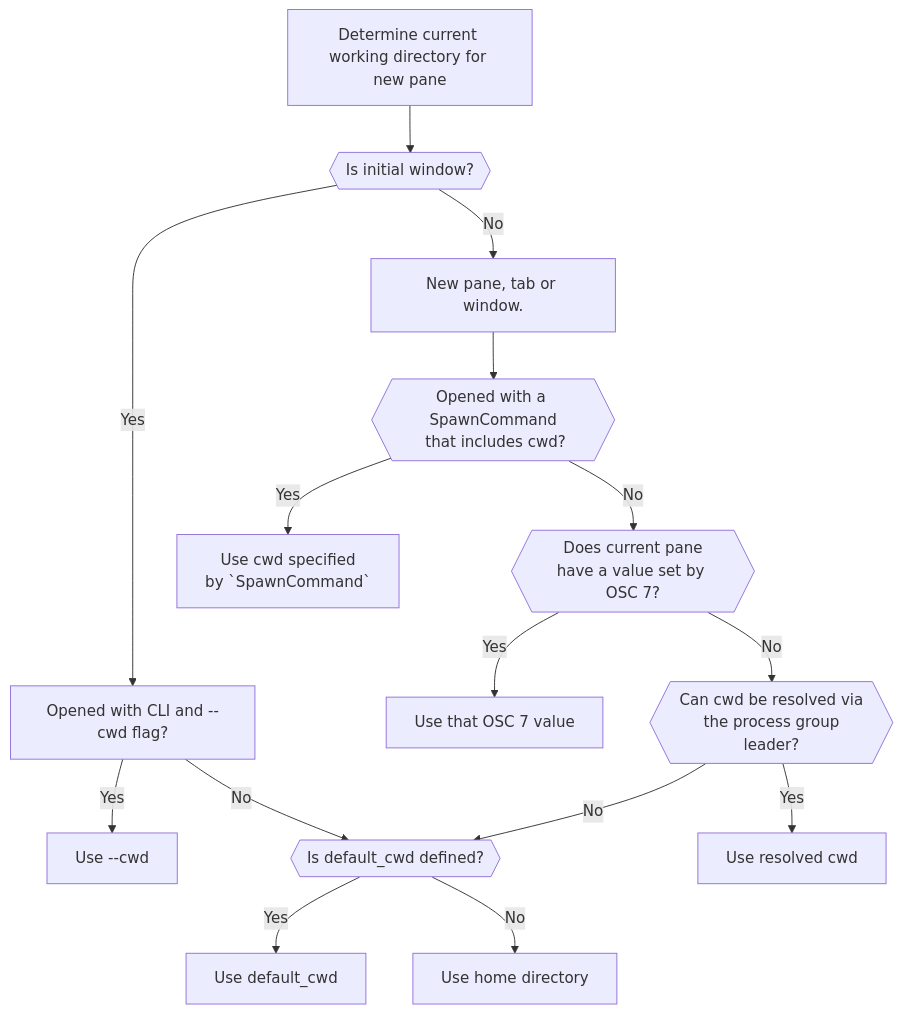
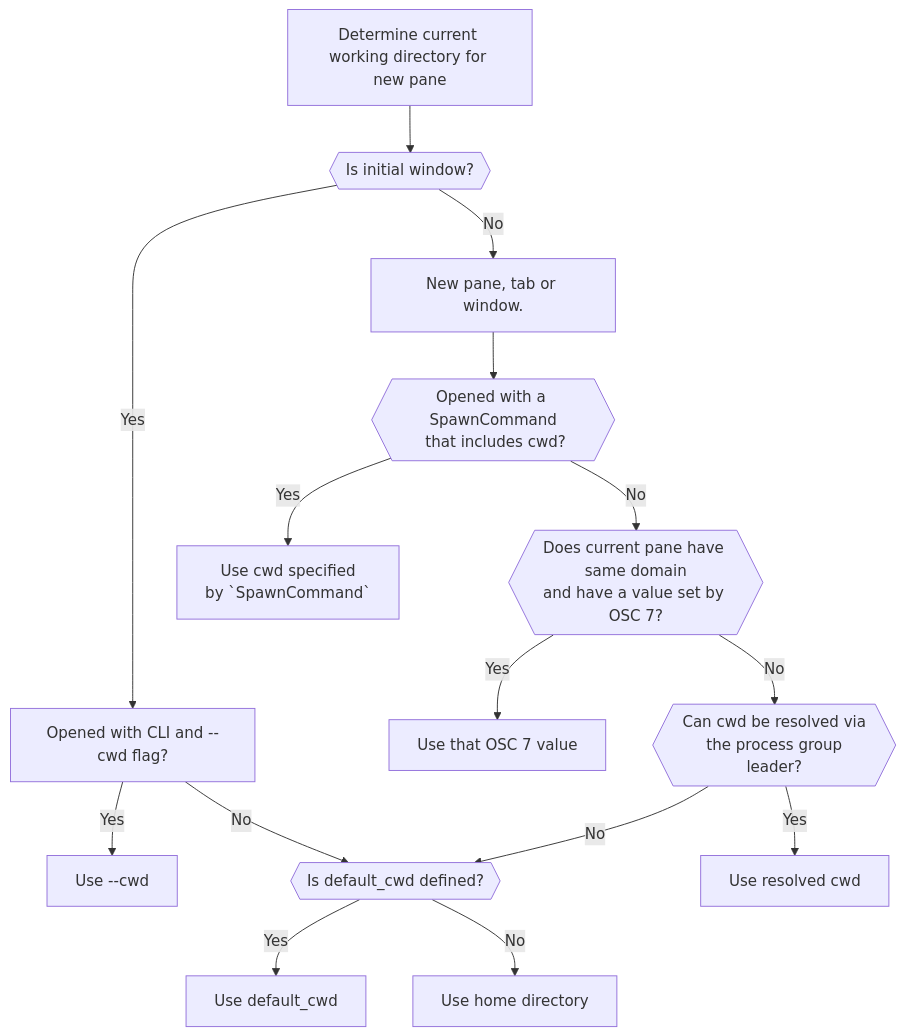
Before and after one commit to wez/wezterm: the diagram in docs/config/lua/config/default_cwd.md, drawn with Mermaid.

Commit message:
docs: clarify same domain for OSC 7 in cwd determination

````diff
--- a/docs/config/lua/config/default_cwd.md
+++ b/docs/config/lua/config/default_cwd.md
@@ -20,18 +20,18 @@
 ```mermaid
 graph TD
     X[Determine current working directory for new pane] --> A{{Is initial window?}}
     A -->|Yes| B[Opened with CLI and --cwd flag?]
     A -->|No| C[New pane, tab or window.]
     C --> D{{Opened with a SpawnCommand<br/> that includes cwd?}}
-    D -->|No| J{{Does current pane<br/>have a value set by OSC 7?}}
+    D -->|No| J{{Does current pane have same domain<br/>and have a value set by OSC 7?}}
     B -->|Yes| E[Use --cwd]
     B -->|No| F{{Is default_cwd defined?}}
     F -->|Yes| G[Use default_cwd]
     F -->|No| H[Use home directory]
     D -->|Yes| I[Use cwd specified<br/> by `SpawnCommand`]
     J -->|Yes| K[Use that OSC 7 value]
     J -->|No| L{{Can cwd be resolved via<br/> the process group leader?}}
     L -->|Yes| M[Use resolved cwd]
     L -->|No| F
 
 ```
````
